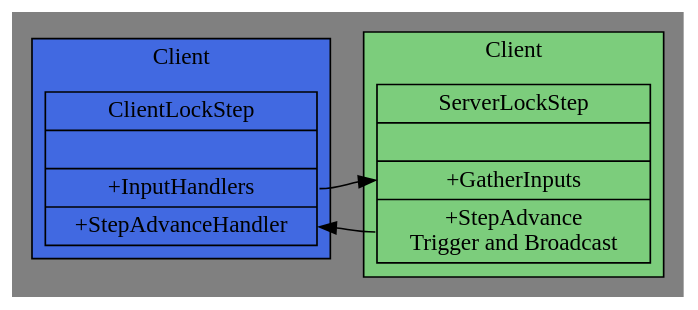
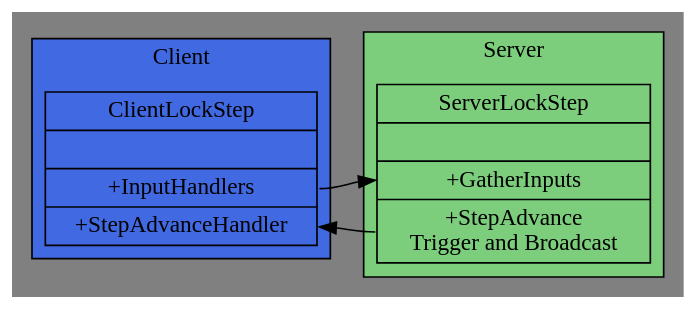
Before and after one commit to noslopforever/noslopforever.github.io: the diagram in Documents/Lockstep/images/Design_SequenceDesign.dot, drawn with Graphviz. The commit also changed 3 other files, not shown here.

```diff
--- a/Documents/Lockstep/images/Design_SequenceDesign.dot
+++ b/Documents/Lockstep/images/Design_SequenceDesign.dot
@@ -1,33 +1,33 @@
 digraph LockStep {
     compound = true;
     node [ fontname = "Microsoft YaHei", shape=record];
     graph [ fontname = "Microsoft YaHei", rankdir=LR ];
     bgcolor = "gray";
     mincross = 1.0;
     ratio = "auto";
 
     subgraph clusterClient {
         label = "Client";
         bgcolor = royalblue;
         node [];
 
         Client [
             label = "ClientLockStep | | <f0> +InputHandlers | <f1> +StepAdvanceHandler"
             shape=record
             ];
     }
     subgraph clusterServer {
-        label = "Client";
+        label = "Server";
         bgcolor = palegreen3;
         node [shape=record];
 
         Server [
             label = "ServerLockStep | | <f0> +GatherInputs | <f1> +StepAdvance\n Trigger and Broadcast"
             shape=record
         ];
     }
 
     Client:f0 -> Server:f0;
     Server:f1 -> Client:f1;
 
 }
```
